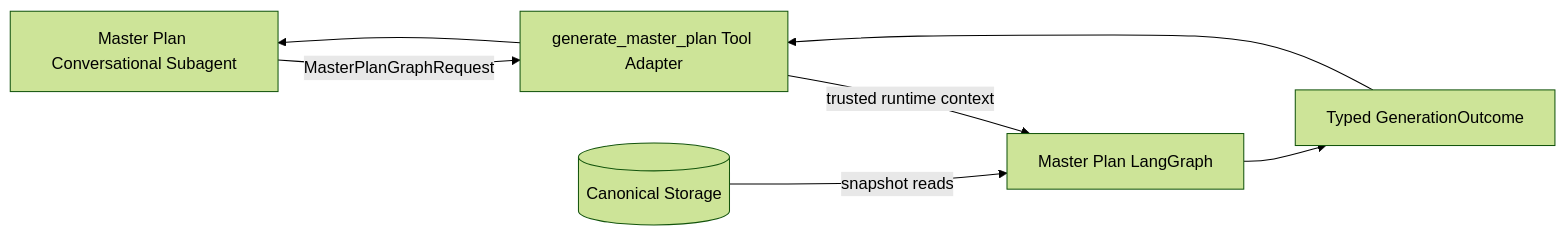
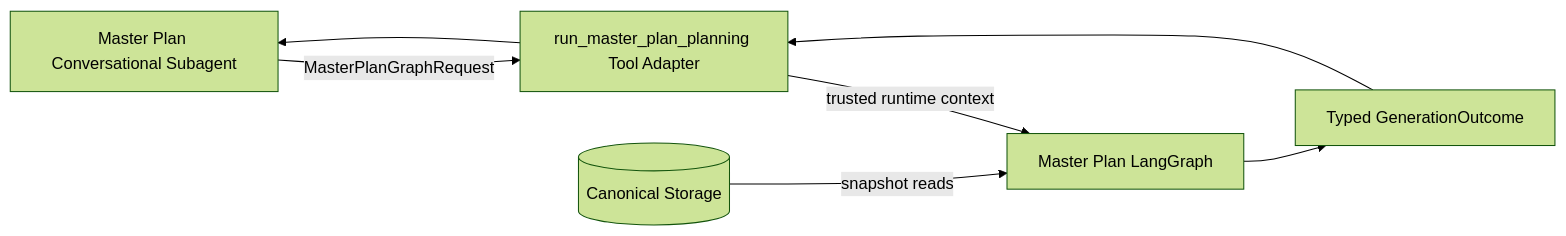
One commit to zhaochy1990/running changed the first of 3 diagrams in docs/coach_agent/master_plan_langgraph.md. Above: the diagram before and after it, drawn with Mermaid (forest theme). The commit also changed other lines of this file and 3 other files, not shown here.

````diff
--- a/docs/coach_agent/master_plan_langgraph.md
+++ b/docs/coach_agent/master_plan_langgraph.md
@@ -19,15 +75,15 @@
 ```mermaid
 flowchart LR
     C[Master Plan Conversational Subagent]
-    T[generate_master_plan Tool Adapter]
+    T[run_master_plan_planning Tool Adapter]
     G[Master Plan LangGraph]
     D[(Canonical Storage)]
     O[Typed GenerationOutcome]
 
     C -->|MasterPlanGraphRequest| T
     T -->|trusted runtime context| G
     D -->|snapshot reads| G
     G --> O
     O --> T
     T --> C
 ```
````
